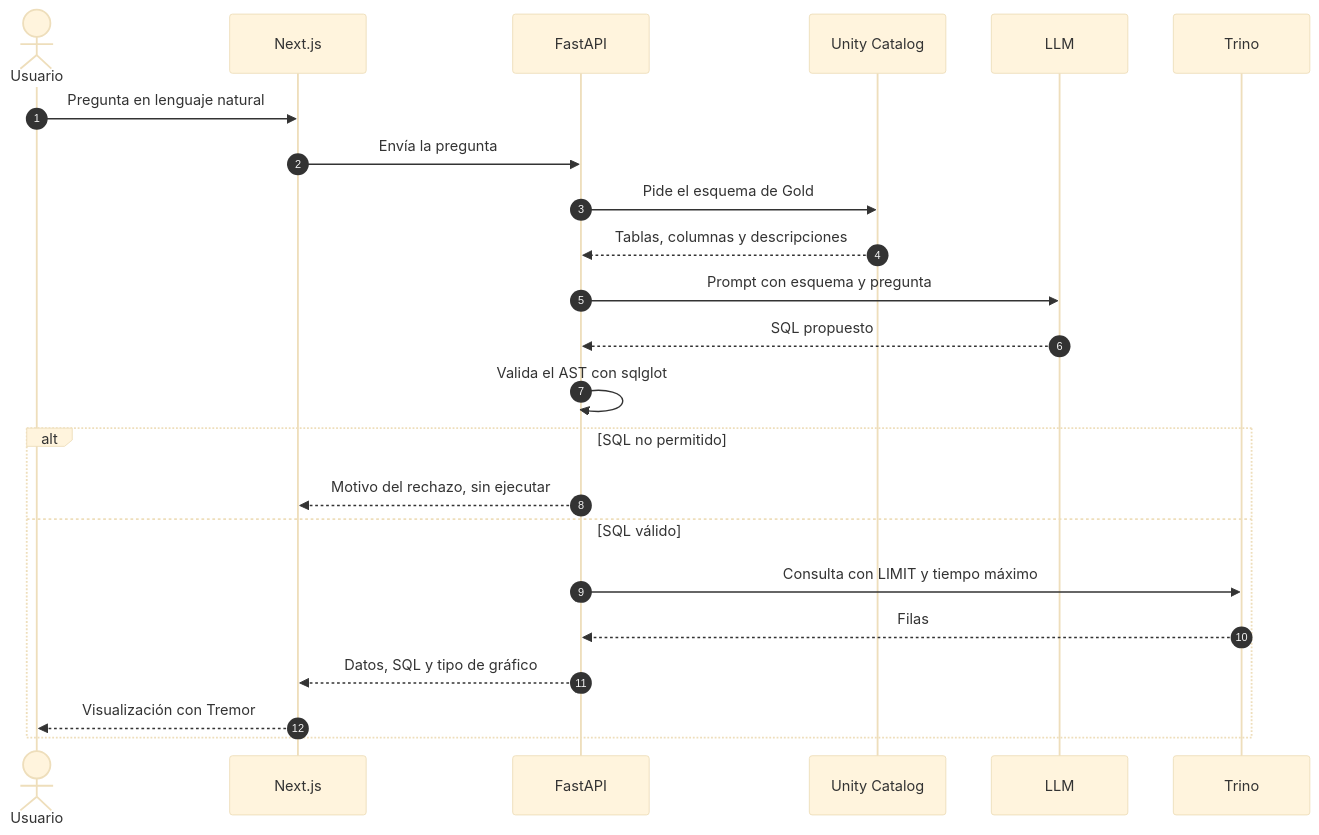
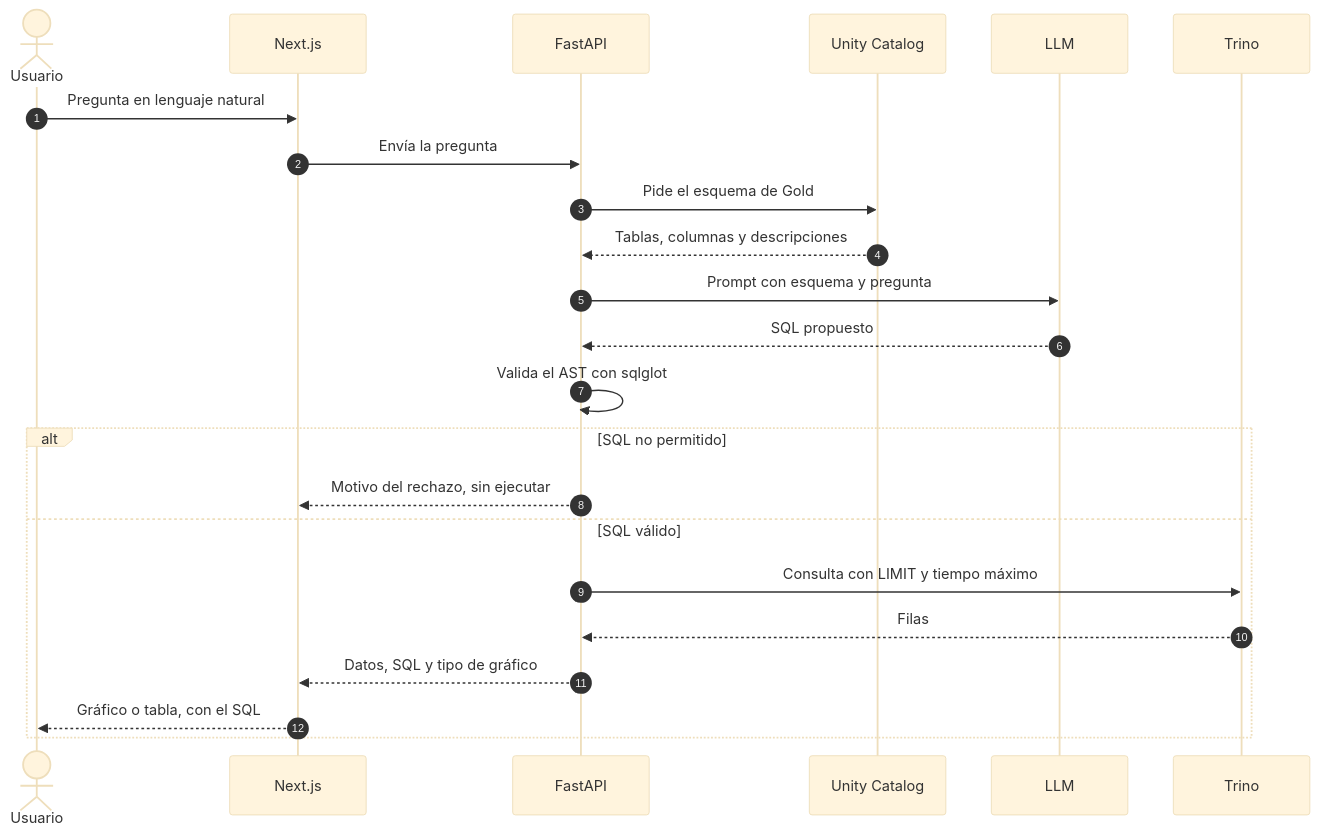
The second of 2 diagrams in docs/ARCHITECTURE.md (mikest376/ProyectoCasa), drawn with Mermaid (base theme) before and after one commit. The commit also changed other lines of this file and 2 other files, not shown here.

Commit message:
docs: record Phase 5 and the checks through Caddy
TD-019 paid.

Debt: TD-019, TD-022

````diff
--- a/docs/ARCHITECTURE.md
+++ b/docs/ARCHITECTURE.md
@@ -173,26 +173,26 @@
 ```mermaid
 sequenceDiagram
     autonumber
     actor U as Usuario
     participant W as Next.js
     participant A as FastAPI
     participant C as Unity Catalog
     participant L as LLM
     participant T as Trino
 
     U->>W: Pregunta en lenguaje natural
     W->>A: Envía la pregunta
     A->>C: Pide el esquema de Gold
     C-->>A: Tablas, columnas y descripciones
     A->>L: Prompt con esquema y pregunta
     L-->>A: SQL propuesto
     A->>A: Valida el AST con sqlglot
     alt SQL no permitido
         A-->>W: Motivo del rechazo, sin ejecutar
     else SQL válido
         A->>T: Consulta con LIMIT y tiempo máximo
         T-->>A: Filas
         A-->>W: Datos, SQL y tipo de gráfico
-        W-->>U: Visualización con Tremor
+        W-->>U: Gráfico o tabla, con el SQL
     end
 ```
````
